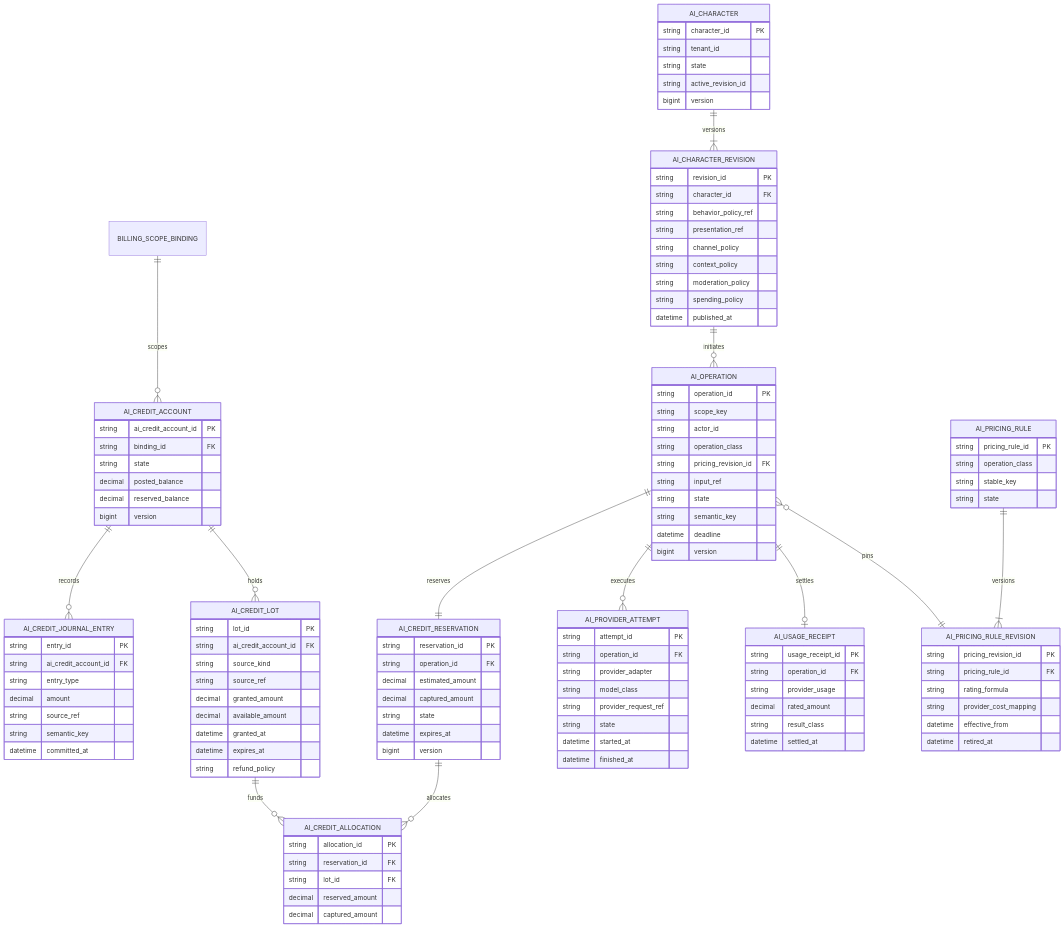
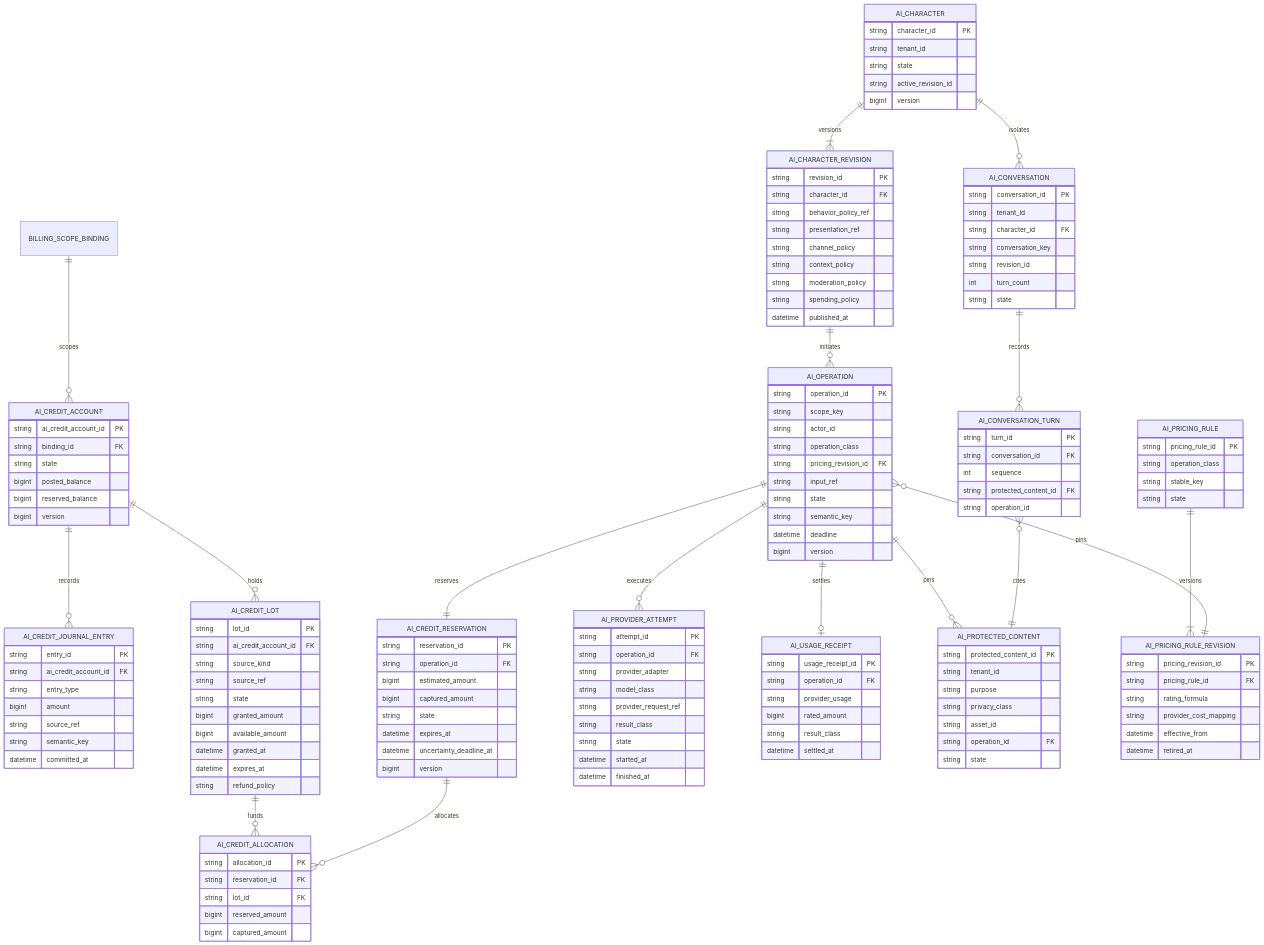
The third of 4 diagrams in docs/architecture/10a-data-platform-access-commercial-ai.md (obsidia-systems/Discord-Bot-Open-Source), drawn with Mermaid before and after one commit. The commit also changed other lines of this file and 27 other files, not shown here.

First line of the commit message:
feat(architecture): add comprehensive architecture review documentation

```diff
--- a/docs/architecture/10a-data-platform-access-commercial-ai.md
+++ b/docs/architecture/10a-data-platform-access-commercial-ai.md
@@ -320,6 +644,10 @@
     AI_CREDIT_RESERVATION ||--o{ AI_CREDIT_ALLOCATION : allocates
     AI_OPERATION ||--o{ AI_PROVIDER_ATTEMPT : executes
     AI_OPERATION ||--o| AI_USAGE_RECEIPT : settles
+    AI_OPERATION ||--o{ AI_PROTECTED_CONTENT : pins
+    AI_CONVERSATION_TURN }o--|| AI_PROTECTED_CONTENT : cites
+    AI_CHARACTER ||--o{ AI_CONVERSATION : isolates
+    AI_CONVERSATION ||--o{ AI_CONVERSATION_TURN : records
     AI_PRICING_RULE ||--|{ AI_PRICING_RULE_REVISION : versions
     AI_OPERATION }o--|| AI_PRICING_RULE_REVISION : pins
     AI_CHARACTER ||--|{ AI_CHARACTER_REVISION : versions
@@ -329,8 +657,8 @@
         string ai_credit_account_id PK
         string binding_id FK
         string state
-        decimal posted_balance
-        decimal reserved_balance
+        bigint posted_balance
+        bigint reserved_balance
         bigint version
     }
     AI_CREDIT_LOT {
@@ -338,8 +666,9 @@
         string ai_credit_account_id FK
         string source_kind
         string source_ref
-        decimal granted_amount
-        decimal available_amount
+        string state
+        bigint granted_amount
+        bigint available_amount
         datetime granted_at
         datetime expires_at
         string refund_policy
@@ -348,7 +677,7 @@
         string entry_id PK
         string ai_credit_account_id FK
         string entry_type
-        decimal amount
+        bigint amount
         string source_ref
         string semantic_key
         datetime committed_at
@@ -356,18 +685,19 @@
     AI_CREDIT_RESERVATION {
         string reservation_id PK
         string operation_id FK
-        decimal estimated_amount
-        decimal captured_amount
+        bigint estimated_amount
+        bigint captured_amount
         string state
         datetime expires_at
+        datetime uncertainty_deadline_at
         bigint version
     }
     AI_CREDIT_ALLOCATION {
         string allocation_id PK
         string reservation_id FK
         string lot_id FK
-        decimal reserved_amount
-        decimal captured_amount
+        bigint reserved_amount
+        bigint captured_amount
     }
     AI_PRICING_RULE {
         string pricing_rule_id PK
@@ -395,12 +725,38 @@
         datetime deadline
         bigint version
     }
+    AI_PROTECTED_CONTENT {
+        string protected_content_id PK
+        string tenant_id
+        string purpose
+        string privacy_class
+        string asset_id
+        string operation_id FK
+        string state
+    }
+    AI_CONVERSATION {
+        string conversation_id PK
+        string tenant_id
+        string character_id FK
+        string conversation_key
+        string revision_id
+        int turn_count
+        string state
+    }
+    AI_CONVERSATION_TURN {
+        string turn_id PK
+        string conversation_id FK
+        int sequence
+        string protected_content_id FK
+        string operation_id
+    }
     AI_PROVIDER_ATTEMPT {
         string attempt_id PK
         string operation_id FK
         string provider_adapter
         string model_class
         string provider_request_ref
+        string result_class
         string state
         datetime started_at
         datetime finished_at
@@ -409,7 +765,7 @@
         string usage_receipt_id PK
         string operation_id FK
         string provider_usage
-        decimal rated_amount
+        bigint rated_amount
         string result_class
         datetime settled_at
     }
```
